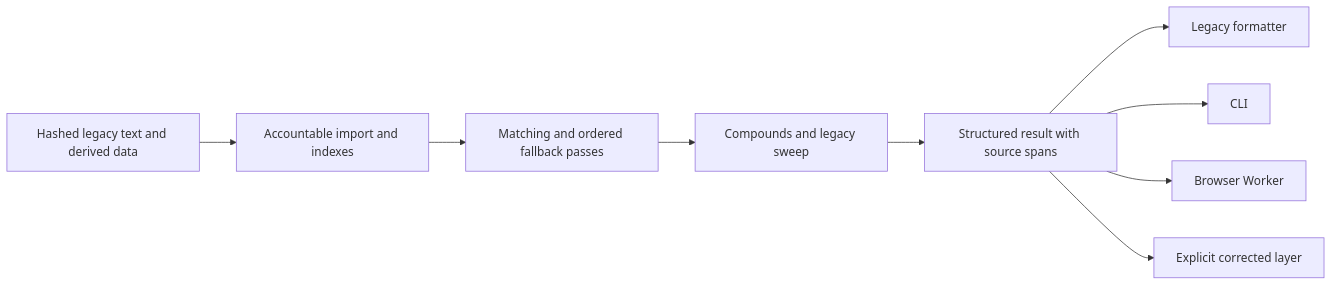
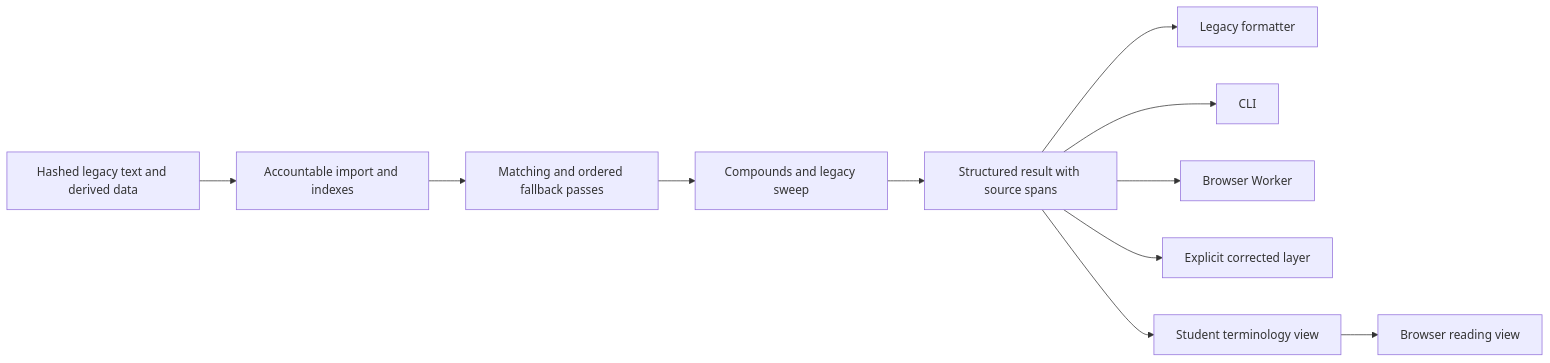
Before and after one commit to classical-cat-dh-lab/whitakers-words: the diagram in docs/architecture.md, drawn with Mermaid. The commit also changed other lines of this file and 14 other files, not shown here.

````diff
--- a/docs/architecture.md
+++ b/docs/architecture.md
@@ -7,11 +7,13 @@
 ```mermaid
 flowchart LR
   A[Hashed legacy text and derived data] --> B[Accountable import and indexes]
   B --> C[Matching and ordered fallback passes]
   C --> D[Compounds and legacy sweep]
   D --> E[Structured result with source spans]
   E --> F[Legacy formatter]
   E --> G[CLI]
   E --> H[Browser Worker]
   E --> I[Explicit corrected layer]
+  E --> J[Student terminology view]
+  J --> K[Browser reading view]
 ```
````
